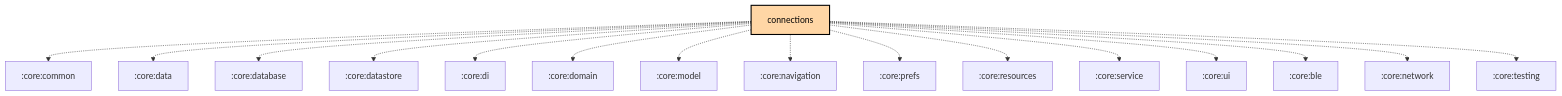
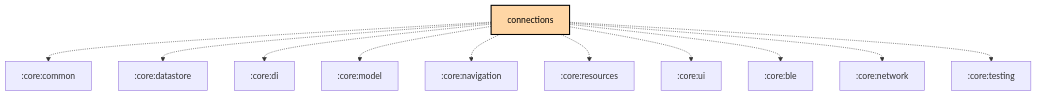
Before and after one commit to meshtastic/Meshtastic-Android: the diagram in feature/connections/README.md, drawn with Mermaid. The commit also changed 14 other files, not shown here.

First line of the commit message:
chore: Scheduled updates (Graphs, Baseline Profile)

````diff
--- a/feature/connections/README.md
+++ b/feature/connections/README.md
@@ -135,33 +135,28 @@
 ```mermaid
 graph TB
   :feature:connections[connections]:::kmp-feature
   :feature:connections -.-> :core:common
-  :feature:connections -.-> :core:data
-  :feature:connections -.-> :core:database
   :feature:connections -.-> :core:datastore
   :feature:connections -.-> :core:di
-  :feature:connections -.-> :core:domain
   :feature:connections -.-> :core:model
   :feature:connections -.-> :core:navigation
-  :feature:connections -.-> :core:prefs
   :feature:connections -.-> :core:resources
-  :feature:connections -.-> :core:service
   :feature:connections -.-> :core:ui
   :feature:connections -.-> :core:ble
   :feature:connections -.-> :core:network
   :feature:connections -.-> :core:testing
 
 classDef android-application fill:#CAFFBF,stroke:#000,stroke-width:2px,color:#000;
 classDef android-application-compose fill:#CAFFBF,stroke:#000,stroke-width:2px,color:#000;
 classDef compose-desktop-application fill:#CAFFBF,stroke:#000,stroke-width:2px,color:#000;
 classDef android-feature fill:#FFD6A5,stroke:#000,stroke-width:2px,color:#000;
 classDef android-library fill:#9BF6FF,stroke:#000,stroke-width:2px,color:#000;
 classDef android-library-compose fill:#9BF6FF,stroke:#000,stroke-width:2px,color:#000;
 classDef android-test fill:#A0C4FF,stroke:#000,stroke-width:2px,color:#000;
 classDef jvm-library fill:#BDB2FF,stroke:#000,stroke-width:2px,color:#000;
 classDef kmp-feature fill:#FFD6A5,stroke:#000,stroke-width:2px,color:#000;
 classDef kmp-library-compose fill:#FFC1CC,stroke:#000,stroke-width:2px,color:#000;
 classDef kmp-library fill:#FFC1CC,stroke:#000,stroke-width:2px,color:#000;
 classDef unknown fill:#FFADAD,stroke:#000,stroke-width:2px,color:#000;
 
 ```
````
